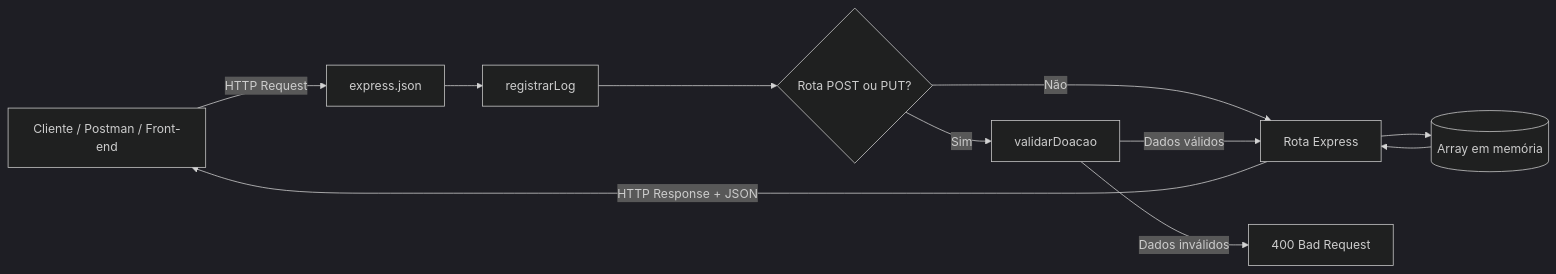
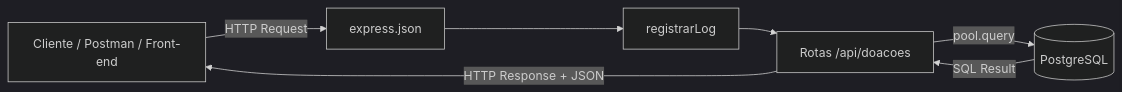
Before and after one commit to DaviAravechiaFMP/sistemaDeDoacoesBack: the first of 2 diagrams in README.md, drawn with Mermaid (dark theme). The commit also changed other lines of this file, not shown here.

First line of the commit message:
Atualiza README para refletir a versão da API v3

````diff
--- a/README.md
+++ b/README.md
@@ -102,13 +90,9 @@
 ```mermaid
 flowchart LR
     A[Cliente / Postman / Front-end] -->|HTTP Request| B[express.json]
     B --> C[registrarLog]
-    C --> D{Rota POST ou PUT?}
-    D -->|Sim| E[validarDoacao]
-    D -->|Não| F[Rota Express]
-    E -->|Dados válidos| F
-    E -->|Dados inválidos| X[400 Bad Request]
-    F --> G[(Array em memória)]
-    G --> F
-    F -->|HTTP Response + JSON| A
+    C --> D[Rotas /api/doacoes]
+    D -->|pool.query| E[(PostgreSQL)]
+    E -->|SQL Result| D
+    D -->|HTTP Response + JSON| A
 ```
````
